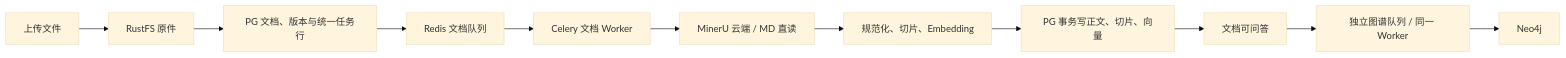
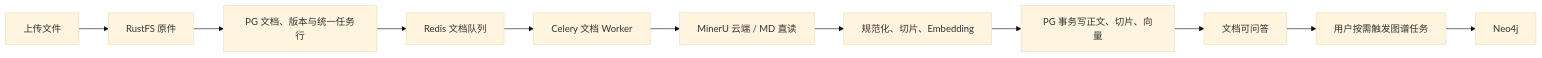
One commit to heiye-vn/enterprise-knowledge-assistant changed the diagram in docs/design.md. Above: the diagram before and after it, drawn with Mermaid (base theme). The commit also changed other lines of this file and 41 other files, not shown here.

````diff
--- a/docs/design.md
+++ b/docs/design.md
@@ -87,13 +78,13 @@
 ```mermaid
 flowchart LR
     U[上传文件] --> O[RustFS 原件]
     O --> P[PG 文档、版本与统一任务行]
     P --> Q[Redis 文档队列]
     Q --> W[Celery 文档 Worker]
     W --> M[MinerU 云端 / MD 直读]
     M --> C[规范化、切片、Embedding]
     C --> V[PG 事务写正文、切片、向量]
     V --> R[文档可问答]
-    R --> G[独立图谱队列 / 同一 Worker]
+    R --> G[用户按需触发图谱任务]
     G --> N[Neo4j]
 ```
````
